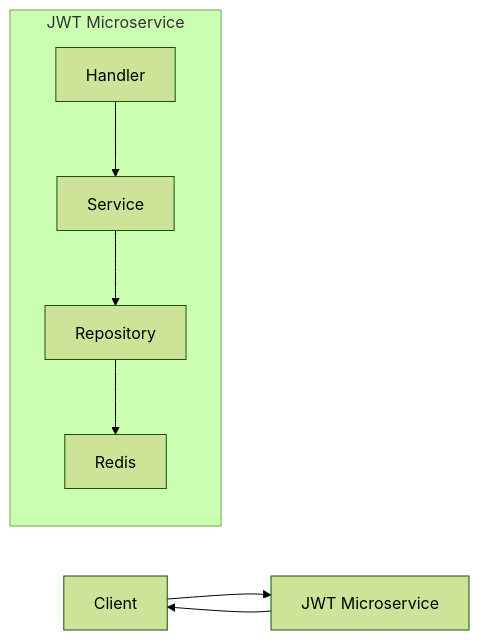
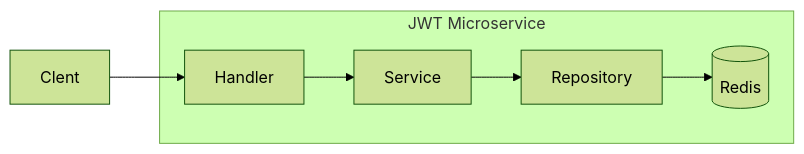
The diagram in README.md (GregoryKogan/jwt-microservice), drawn with Mermaid (forest theme) before and after one commit.

````diff
--- a/README.md
+++ b/README.md
@@ -18,11 +18,9 @@
 ```mermaid
 graph LR
-    Client --> JWT[JWT Microservice]
-    JWT --> Client
-
+    Clent --> Handler
     subgraph JWT Microservice
         Handler --> Service
         Service --> Repository
-        Repository --> Redis
+        Repository --> Redis[(Redis)]
     end
 ```
````
